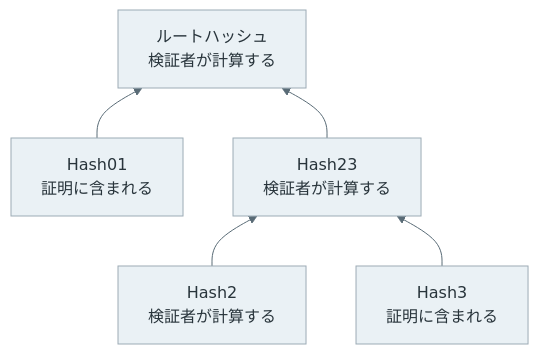
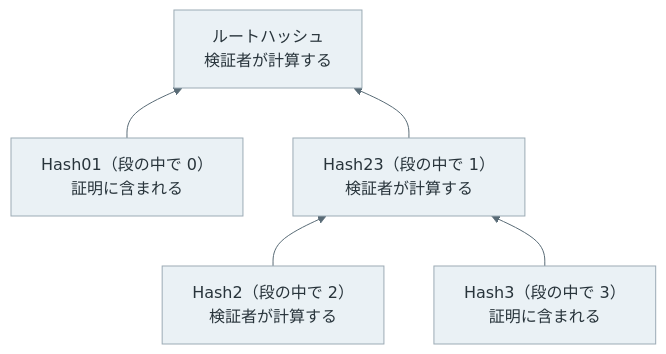
The fourth of 6 diagrams in content/notes/blockchain-systems/bitcoin-merkle-tree/index.md (nao1215/debimate), drawn with Mermaid before and after one commit. The commit also changed other lines of this file and 425 other files, not shown here.

````diff
--- a/content/notes/blockchain-systems/bitcoin-merkle-tree/index.md
+++ b/content/notes/blockchain-systems/bitcoin-merkle-tree/index.md
@@ -136,9 +123,9 @@
 ```mermaid
 %%{init: {"theme":"base","themeVariables":{"primaryColor":"#eaf1f5","primaryTextColor":"#28343b","primaryBorderColor":"#9cabb5","lineColor":"#596b76","textColor":"#28343b","actorBkg":"#eaf1f5","actorBorder":"#9cabb5","actorTextColor":"#28343b","actorLineColor":"#9cabb5","signalColor":"#596b76","signalTextColor":"#28343b","noteBkgColor":"#f7f1e5","noteBorderColor":"#c5b99b","noteTextColor":"#403c32","activationBkgColor":"#edf3ef","activationBorderColor":"#9aafa1"}}}%%
 flowchart BT
-    H2["Hash2<br/>検証者が計算する"] --> H23["Hash23<br/>検証者が計算する"]
-    H3["Hash3<br/>証明に含まれる"] --> H23
-    H01["Hash01<br/>証明に含まれる"] --> R["ルートハッシュ<br/>検証者が計算する"]
+    H2["Hash2（段の中で 2）<br/>検証者が計算する"] --> H23["Hash23（段の中で 1）<br/>検証者が計算する"]
+    H3["Hash3（段の中で 3）<br/>証明に含まれる"] --> H23
+    H01["Hash01（段の中で 0）<br/>証明に含まれる"] --> R["ルートハッシュ<br/>検証者が計算する"]
     H23 --> R
     classDef default fill:#eaf1f5,stroke:#9cabb5,color:#28343b;
 ```
````
